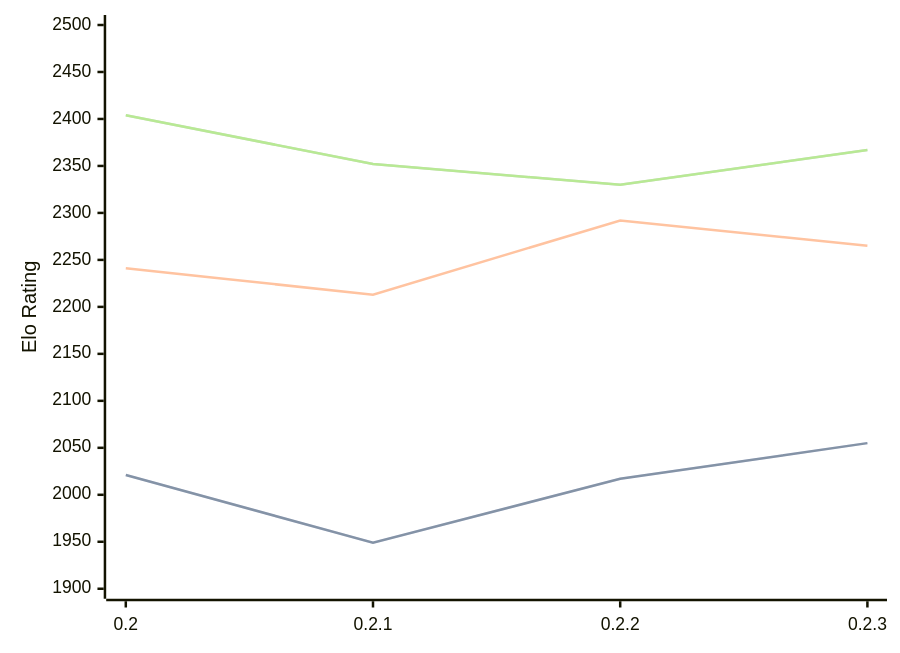
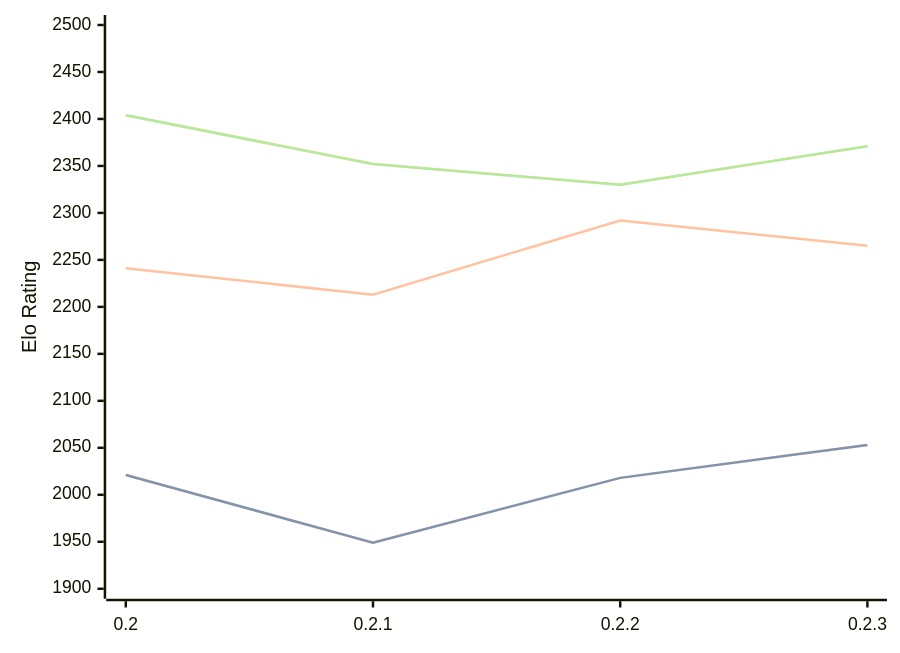
Before and after one commit to computer-chess-index/cci: the diagram in engines/Lolbot.md, drawn with Mermaid. The commit also changed other lines of this file, not shown here.

Commit message:
Update CCI Ratings (ELO VLTC) - 2026-03-24

````diff
--- a/engines/Lolbot.md
+++ b/engines/Lolbot.md
@@ -35,11 +35,11 @@
 ```mermaid
 %%{init: {"theme":"base","themeVariables":{"seriesColors:['#a3a3a3','#222221','#faa371']}}}%%
 xychart-beta
   x-axis ["0.2", "0.2.1", "0.2.2", "0.2.3"]
   y-axis "Elo Rating" 1900 --> 2500
-  line "STC (8.0+0.08s)" [2021, 1949, 2017, 2055]
-  line "STC (8.0+0.08s)" [2021, 1949, 2017, 2055]
+  line "STC (8.0+0.08s)" [2021, 1949, 2018, 2053]
+  line "STC (8.0+0.08s)" [2021, 1949, 2018, 2053]
   line "LTC (60.0+0.60s)" [2241, 2213, 2292, 2265]
-  line "VLTC (2m24s+1.12s)" [2404, 2352, 2330, 2367]
-  line "VLTC (2m24s+1.12s)" [2404, 2352, 2330, 2367]
+  line "VLTC (2m24s+1.12s)" [2404, 2352, 2330, 2371]
+  line "VLTC (2m24s+1.12s)" [2404, 2352, 2330, 2371]
 ```
````
